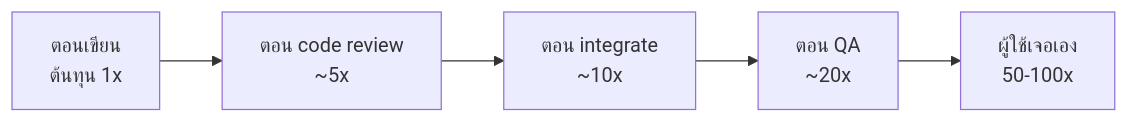
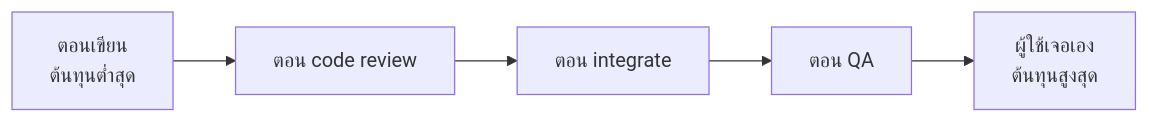
One commit to CE-SDPX/SDPX-AI changed the first of 19 diagrams in readings/03-software-testing.md. Above: the diagram before and after it, drawn with Mermaid. The commit also changed other lines of this file and 6 other files, not shown here.

````diff
--- a/readings/03-software-testing.md
+++ b/readings/03-software-testing.md
@@ -63,4 +62,4 @@
 ```mermaid
 flowchart LR
-    A["ตอนเขียน<br/>ต้นทุน 1x"] --> B["ตอน code review<br/>~5x"] --> C["ตอน integrate<br/>~10x"] --> D["ตอน QA<br/>~20x"] --> E["ผู้ใช้เจอเอง<br/>50-100x"]
+    A["ตอนเขียน<br/>ต้นทุนต่ำสุด"] --> B["ตอน code review"] --> C["ตอน integrate"] --> D["ตอน QA"] --> E["ผู้ใช้เจอเอง<br/>ต้นทุนสูงสุด"]
 ```
````
